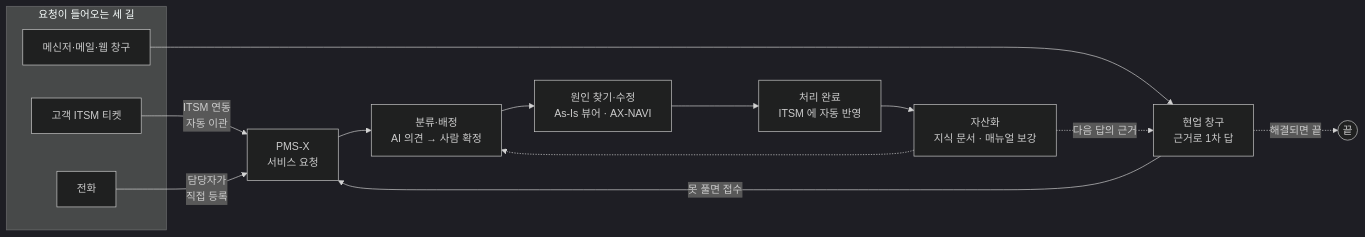
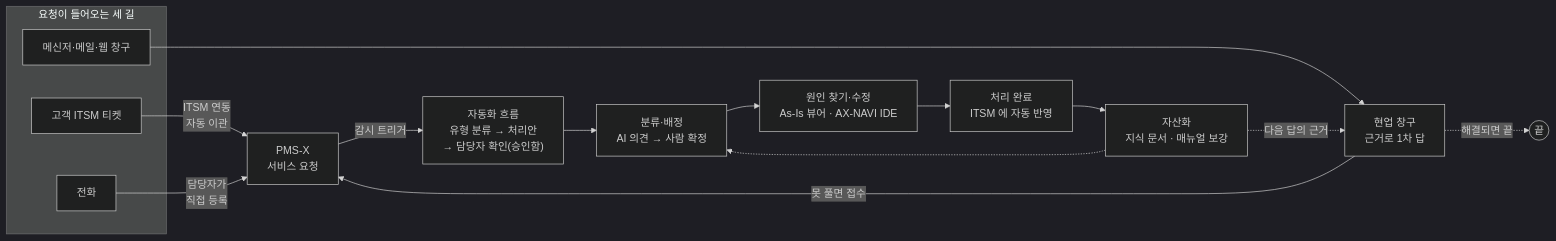
The diagram in demo/scenarios.md (Malburi/hnix-ax-site), drawn with Mermaid (dark theme) before and after one commit. The commit also changed other lines of this file and 74 other files, not shown here.

First line of the commit message:
docs: 시연 영상 전체를 최신판으로 다시 녹화 — SM 시나리오 A 를 자동화 흐름·AX-NAVI IDE 워크플로우로

````diff
--- a/demo/scenarios.md
+++ b/demo/scenarios.md
@@ -9,19 +9,20 @@
 ```mermaid
 flowchart LR
     subgraph IN["요청이 들어오는 세 길"]
       T["고객 ITSM 티켓"]
       PH["전화"]
       M["메신저·메일·웹 창구"]
     end
     T -->|"ITSM 연동<br/>자동 이관"| SR["PMS-X<br/>서비스 요청"]
     PH -->|"담당자가<br/>직접 등록"| SR
     M --> D["현업 창구<br/>근거로 1차 답"]
     D -->|"못 풀면 접수"| SR
     D -.->|"해결되면 끝"| E(("끝"))
-    SR --> C["분류·배정<br/>AI 의견 → 사람 확정"]
-    C --> F["원인 찾기·수정<br/>As-Is 뷰어 · AX-NAVI"]
+    SR -->|"감시 트리거"| W["자동화 흐름<br/>유형 분류 → 처리안<br/>→ 담당자 확인(승인함)"]
+    W --> C["분류·배정<br/>AI 의견 → 사람 확정"]
+    C --> F["원인 찾기·수정<br/>As-Is 뷰어 · AX-NAVI IDE"]
     F --> R["처리 완료<br/>ITSM 에 자동 반영"]
     R --> K["자산화<br/>지식 문서 · 매뉴얼 보강"]
     K -.->|"다음 답의 근거"| D
     K -.-> C
 ```
````
